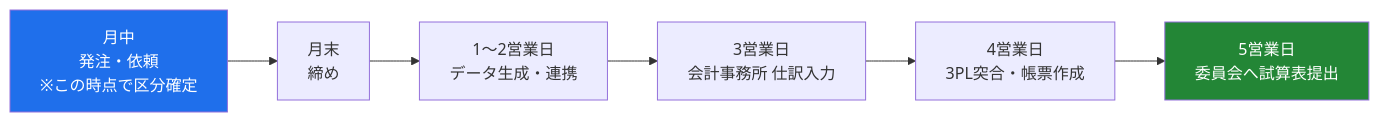
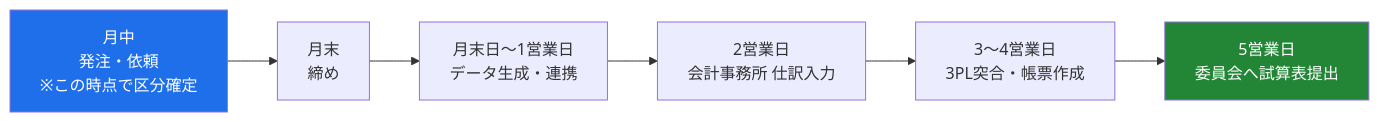
Before and after one commit to maa-a/Antigravity-test: the fifth of 6 diagrams in internal/02_業務フロー_文章と図解.md, drawn with Mermaid. The commit also changed other lines of this file and 5 other files, not shown here.

First line of the commit message:
Update the flow documents with the reviewed corrections

````diff
--- a/internal/02_業務フロー_文章と図解.md
+++ b/internal/02_業務フロー_文章と図解.md
@@ -238,11 +236,11 @@
 ```mermaid
 flowchart LR
     A["月中<br/>発注・依頼<br/>※この時点で区分確定"] --> B["月末<br/>締め"]
-    B --> C["1〜2営業日<br/>データ生成・連携"]
-    C --> D["3営業日<br/>会計事務所 仕訳入力"]
-    D --> E["4営業日<br/>3PL突合・帳票作成"]
+    B --> C["月末日〜1営業日<br/>データ生成・連携"]
+    C --> D["2営業日<br/>会計事務所 仕訳入力"]
+    D --> E["3〜4営業日<br/>3PL突合・帳票作成"]
     E --> F["5営業日<br/>委員会へ試算表提出"]
 
     style A fill:#1f6feb,color:#fff
     style F fill:#238636,color:#fff
 ```
````
